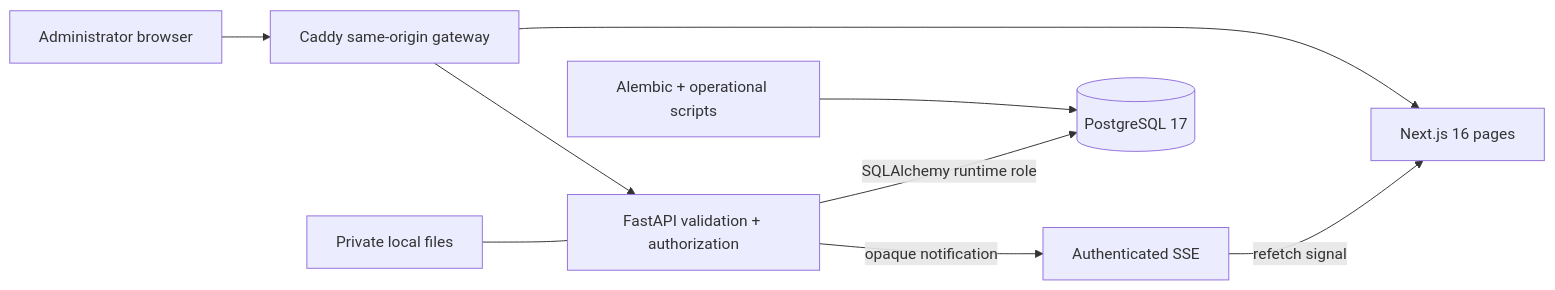
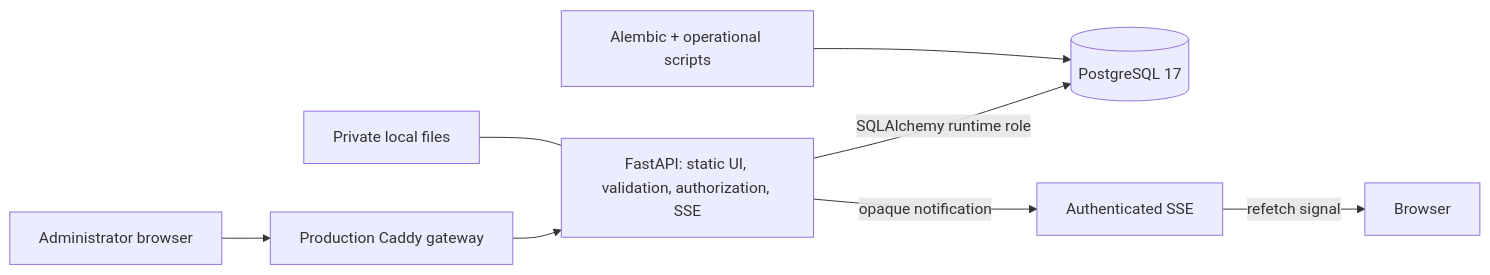
One commit to jayeuse/openslate changed the diagram in docs/architecture/README.md. Above: the diagram before and after it, drawn with Mermaid. The commit also changed other lines of this file and 22 other files, not shown here.

Commit message:
docs: describe the FastAPI-only deployment

````diff
--- a/docs/architecture/README.md
+++ b/docs/architecture/README.md
@@ -19,11 +19,10 @@
 ```mermaid
 flowchart LR
-    Admin[Administrator browser] --> Gateway[Caddy same-origin gateway]
-    Gateway --> Next["Next.js 16 pages"]
-    Gateway --> API["FastAPI validation + authorization"]
+    Admin[Administrator browser] --> Gateway[Production Caddy gateway]
+    Gateway --> API["FastAPI: static UI, validation, authorization, SSE"]
     API -->|SQLAlchemy runtime role| PG[(PostgreSQL 17)]
     API -->|opaque notification| Events[Authenticated SSE]
-    Events -->|refetch signal| Next
+    Events -->|refetch signal| Browser
     Alembic[Alembic + operational scripts] --> PG
     Files["Private local files"] --- API
 ```
````
